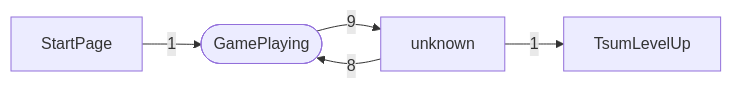
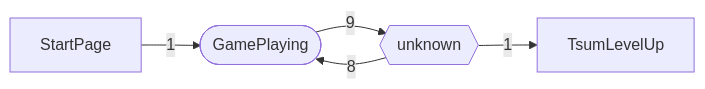
Before and after one commit to game-automation-platform/game-automation-scripts: the third of 3 diagrams in app.gap.Tsum/PAGE_DISPATCH.md, drawn with Mermaid. The commit also changed other lines of this file and 54 other files, not shown here.

````diff
--- a/app.gap.Tsum/PAGE_DISPATCH.md
+++ b/app.gap.Tsum/PAGE_DISPATCH.md
@@ -223,11 +223,11 @@
 ```mermaid
 flowchart LR
   GamePlaying(["GamePlaying"])
   StartPage["StartPage"]
   TsumLevelUp["TsumLevelUp"]
-  unknown["unknown"]
+  unknown{{"unknown"}}
   GamePlaying -->|9| unknown
   StartPage -->|1| GamePlaying
   unknown -->|8| GamePlaying
   unknown -->|1| TsumLevelUp
 ```
````
